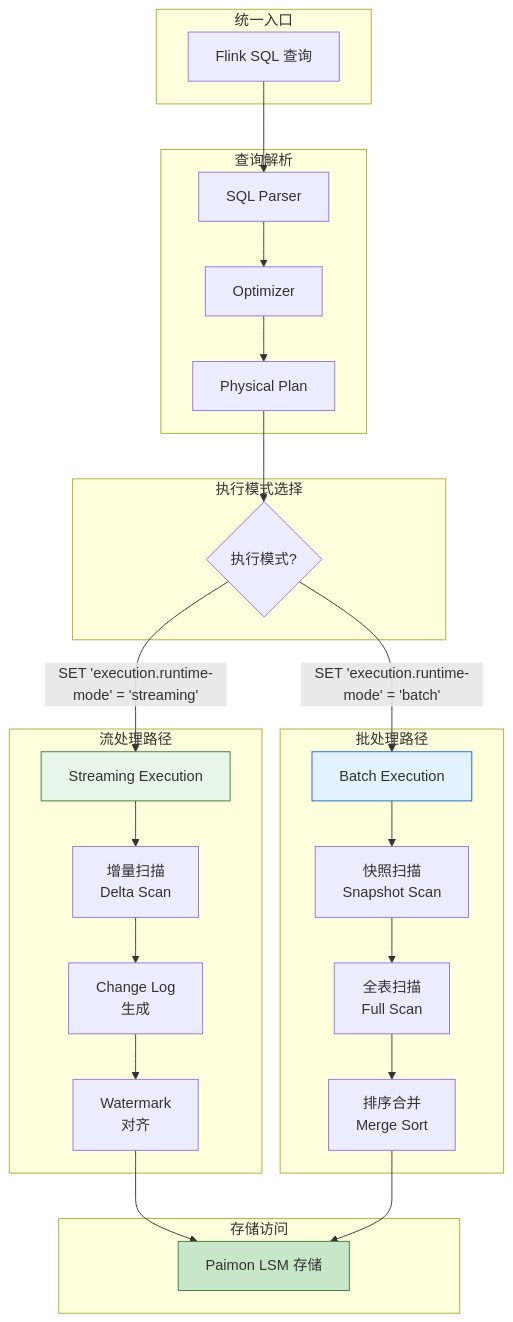
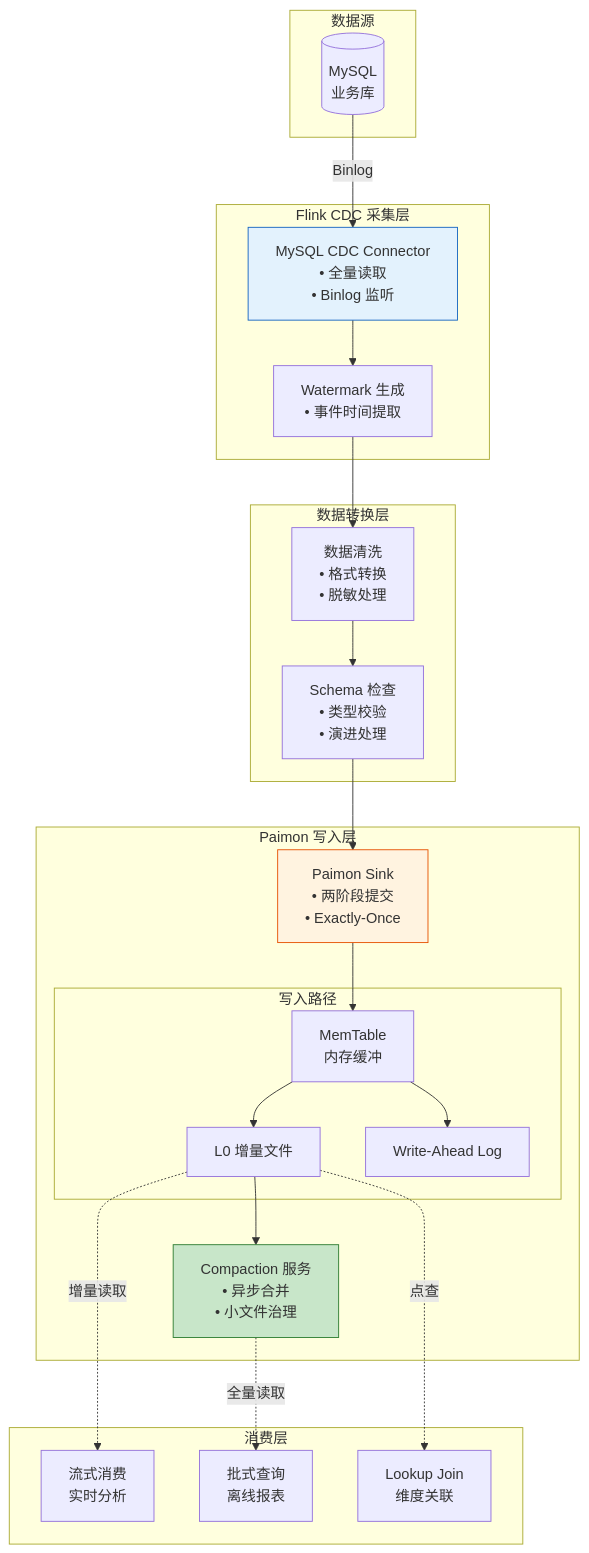
The fourth of 6 diagrams in Flink/14-lakehouse/flink-paimon-integration.md (AdaMartin18010/AnalysisDataFlow), drawn with Mermaid before and after one commit. The commit also changed other lines of this file and 20 other files, not shown here.

````diff
--- a/Flink/14-lakehouse/flink-paimon-integration.md
+++ b/Flink/14-lakehouse/flink-paimon-integration.md
@@ -1168,50 +1671,47 @@
 ```mermaid
 flowchart TB
-    subgraph "统一入口"
-        SQL["Flink SQL 查询"]
+    subgraph "数据源"
+        MYSQL[(MySQL<br/>业务库)]
     end
 
-    subgraph "查询解析"
-        PARSE["SQL Parser"]
-        OPT["Optimizer"]
-        PLAN["Physical Plan"]
+    subgraph "Flink CDC 采集层"
+        CDC_CONNECTOR["MySQL CDC Connector<br/>• 全量读取<br/>• Binlog 监听"]
+        WATERMARK["Watermark 生成<br/>• 事件时间提取"]
     end
 
-    subgraph "执行模式选择"
-        MODE{执行模式?}
+    subgraph "数据转换层"
+        TRANSFORM["数据清洗<br/>• 格式转换<br/>• 脱敏处理"]
+        SCHEMA_CHECK["Schema 检查<br/>• 类型校验<br/>• 演进处理"]
     end
 
-    subgraph "流处理路径"
-        STREAM["Streaming Execution"]
-        INC["增量扫描<br/>Delta Scan"]
-        CHANGELOG["Change Log<br/>生成"]
-        WATERMARK["Watermark<br/>对齐"]
+    subgraph "Paimon 写入层"
+        SINK["Paimon Sink<br/>• 两阶段提交<br/>• Exactly-Once"]
+
+        subgraph "写入路径"
+            MEM_TABLE["MemTable<br/>内存缓冲"]
+            L0_FILES["L0 增量文件"]
+            WAL["Write-Ahead Log"]
+        end
+
+        COMPACT_SERVICE["Compaction 服务<br/>• 异步合并<br/>• 小文件治理"]
     end
 
-    subgraph "批处理路径"
-        BATCH["Batch Execution"]
-        SNAPSHOT_SCAN["快照扫描<br/>Snapshot Scan"]
-        FULL["全表扫描<br/>Full Scan"]
-        SORT["排序合并<br/>Merge Sort"]
+    subgraph "消费层"
+        STREAM_READ["流式消费<br/>实时分析"]
+        BATCH_READ["批式查询<br/>离线报表"]
+        LOOKUP["Lookup Join<br/>维度关联"]
     end
 
-    subgraph "存储访问"
-        LSM["Paimon LSM 存储"]
-    end
+    MYSQL -->|Binlog| CDC_CONNECTOR --> WATERMARK --> TRANSFORM --> SCHEMA_CHECK --> SINK
+    SINK --> MEM_TABLE --> L0_FILES
+    MEM_TABLE --> WAL
+    L0_FILES --> COMPACT_SERVICE
 
-    SQL --> PARSE --> OPT --> PLAN
-    PLAN --> MODE
+    L0_FILES -.->|增量读取| STREAM_READ
+    COMPACT_SERVICE -.->|全量读取| BATCH_READ
+    L0_FILES -.->|点查| LOOKUP
 
-    MODE -->|"SET 'execution.runtime-mode' = 'streaming'"| STREAM
-    MODE -->|"SET 'execution.runtime-mode' = 'batch'"| BATCH
-
-    STREAM --> INC --> CHANGELOG --> WATERMARK
-    BATCH --> SNAPSHOT_SCAN --> FULL --> SORT
-
-    WATERMARK --> LSM
-    SORT --> LSM
-
-    style STREAM fill:#e8f5e9,stroke:#2e7d32
-    style BATCH fill:#e3f2fd,stroke:#1565c0
-    style LSM fill:#c8e6c9,stroke:#2e7d32
+    style CDC_CONNECTOR fill:#e3f2fd,stroke:#1565c0
+    style SINK fill:#fff3e0,stroke:#e65100
+    style COMPACT_SERVICE fill:#c8e6c9,stroke:#2e7d32
 ```
````
